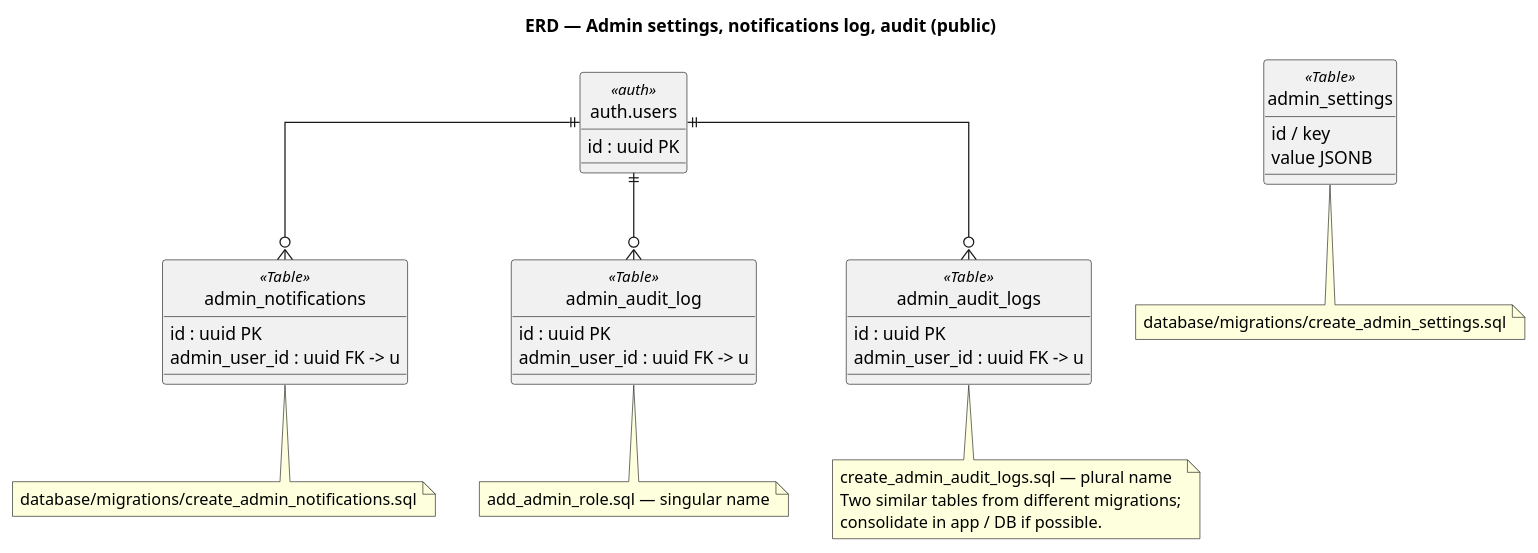
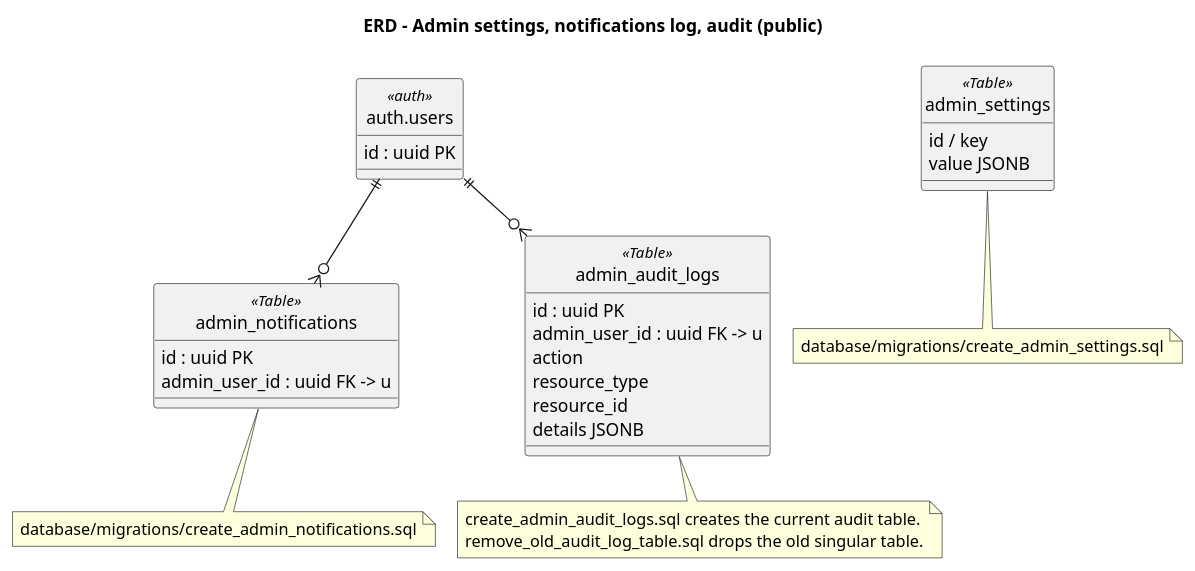
The diagram in docs/diagrams/gofit-erd-06-admin-audit.puml (yessineblanco/GoFitFull), drawn with PlantUML before and after one commit. The commit also changed 17 other files, not shown here.

First line of the commit message:
feat: update diagrams and settings for improved visualization and functionality

```diff
--- a/docs/diagrams/gofit-erd-06-admin-audit.puml
+++ b/docs/diagrams/gofit-erd-06-admin-audit.puml
@@ -1,53 +1,47 @@
 @startuml GoFit_ERD_06_Admin
-title ERD — Admin settings, notifications log, audit (public)
+!pragma layout smetana
+title ERD - Admin settings, notifications log, audit (public)
 
 hide circle
 skinparam linetype ortho
 
 class "auth.users" as u <<auth>> {
   id : uuid PK
 }
 
 class "admin_settings" as aset <<Table>> {
   id / key
   value JSONB
 }
 
 class "admin_notifications" as an <<Table>> {
   id : uuid PK
   admin_user_id : uuid FK -> u
 }
 
-class "admin_audit_log" as al1 <<Table>> {
+class "admin_audit_logs" as al <<Table>> {
   id : uuid PK
   admin_user_id : uuid FK -> u
+  action
+  resource_type
+  resource_id
+  details JSONB
 }
 
-class "admin_audit_logs" as al2 <<Table>> {
-  id : uuid PK
-  admin_user_id : uuid FK -> u
-}
-
-u ||--o{ al1
-u ||--o{ al2
+u ||--o{ al
 u ||--o{ an
 
-note bottom of al1
-  add_admin_role.sql — singular name
-end note
-
-note bottom of al2
-  create_admin_audit_logs.sql — plural name
-  Two similar tables from different migrations;
-  consolidate in app / DB if possible.
+note bottom of al
+  create_admin_audit_logs.sql creates the current audit table.
+  remove_old_audit_log_table.sql drops the old singular table.
 end note
 
 note bottom of aset
   database/migrations/create_admin_settings.sql
 end note
 
 note bottom of an
   database/migrations/create_admin_notifications.sql
 end note
 
 @enduml
```
